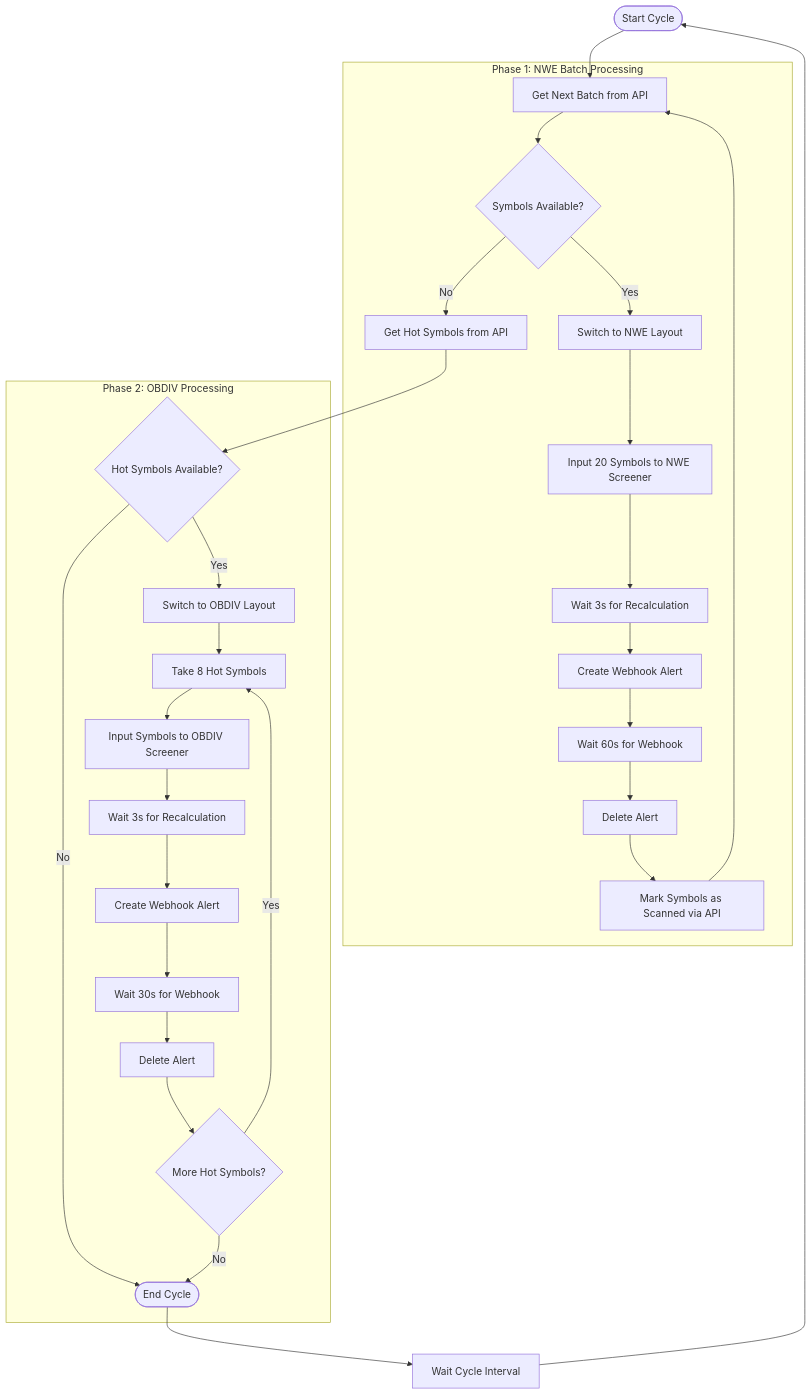
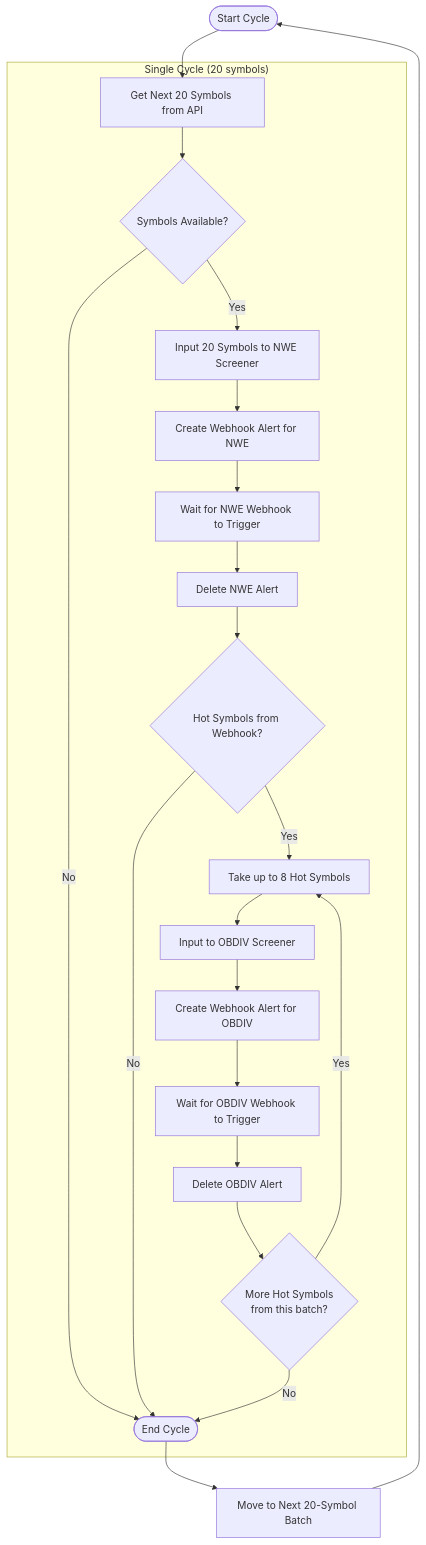
Before and after one commit to Samaara-Das/Tradingview-to-Everywhere: the second of 3 diagrams in docs/PRD.md, drawn with Mermaid. The commit also changed other lines of this file and 1 other file, not shown here.

````diff
--- a/docs/PRD.md
+++ b/docs/PRD.md
@@ -190,35 +198,27 @@
 ```mermaid
 flowchart TD
-    START([Start Cycle]) --> PHASE1_START
+    START([Start Cycle]) --> GET_BATCH
 
-    subgraph PHASE1["Phase 1: NWE Batch Processing"]
-        PHASE1_START[Get Next Batch from API] --> CHECK_BATCH{Symbols Available?}
-        CHECK_BATCH -->|No| PHASE2_START
-        CHECK_BATCH -->|Yes| SWITCH_NWE[Switch to NWE Layout]
-        SWITCH_NWE --> INPUT_NWE[Input 20 Symbols to NWE Screener]
-        INPUT_NWE --> WAIT_RECALC1[Wait 3s for Recalculation]
-        WAIT_RECALC1 --> CREATE_NWE_ALERT[Create Webhook Alert]
-        CREATE_NWE_ALERT --> WAIT_NWE[Wait 60s for Webhook]
-        WAIT_NWE --> DELETE_NWE[Delete Alert]
-        DELETE_NWE --> MARK_SCANNED[Mark Symbols as Scanned via API]
-        MARK_SCANNED --> PHASE1_START
-    end
+    subgraph CYCLE["Single Cycle (20 symbols)"]
+        GET_BATCH[Get Next 20 Symbols from API] --> CHECK_BATCH{Symbols Available?}
+        CHECK_BATCH -->|No| END_CYCLE
+        CHECK_BATCH -->|Yes| INPUT_NWE[Input 20 Symbols to NWE Screener]
+        INPUT_NWE --> CREATE_NWE[Create Webhook Alert for NWE]
+        CREATE_NWE --> WAIT_NWE[Wait for NWE Webhook to Trigger]
+        WAIT_NWE --> DELETE_NWE[Delete NWE Alert]
+        DELETE_NWE --> CHECK_HOT{Hot Symbols from Webhook?}
 
-    subgraph PHASE2["Phase 2: OBDIV Processing"]
-        PHASE2_START[Get Hot Symbols from API] --> CHECK_HOT{Hot Symbols Available?}
         CHECK_HOT -->|No| END_CYCLE
-        CHECK_HOT -->|Yes| SWITCH_OBDIV[Switch to OBDIV Layout]
-        SWITCH_OBDIV --> BATCH_HOT[Take 8 Hot Symbols]
-        BATCH_HOT --> INPUT_OBDIV[Input Symbols to OBDIV Screener]
-        INPUT_OBDIV --> WAIT_RECALC2[Wait 3s for Recalculation]
-        WAIT_RECALC2 --> CREATE_OBDIV_ALERT[Create Webhook Alert]
-        CREATE_OBDIV_ALERT --> WAIT_OBDIV[Wait 30s for Webhook]
-        WAIT_OBDIV --> DELETE_OBDIV[Delete Alert]
-        DELETE_OBDIV --> MORE_HOT{More Hot Symbols?}
+        CHECK_HOT -->|Yes| BATCH_HOT[Take up to 8 Hot Symbols]
+        BATCH_HOT --> INPUT_OBDIV[Input to OBDIV Screener]
+        INPUT_OBDIV --> CREATE_OBDIV[Create Webhook Alert for OBDIV]
+        CREATE_OBDIV --> WAIT_OBDIV[Wait for OBDIV Webhook to Trigger]
+        WAIT_OBDIV --> DELETE_OBDIV[Delete OBDIV Alert]
+        DELETE_OBDIV --> MORE_HOT{More Hot Symbols<br/>from this batch?}
         MORE_HOT -->|Yes| BATCH_HOT
         MORE_HOT -->|No| END_CYCLE
     end
 
-    END_CYCLE([End Cycle]) --> WAIT_INTERVAL[Wait Cycle Interval]
-    WAIT_INTERVAL --> START
+    END_CYCLE([End Cycle]) --> NEXT_BATCH[Move to Next 20-Symbol Batch]
+    NEXT_BATCH --> START
 ```
````
